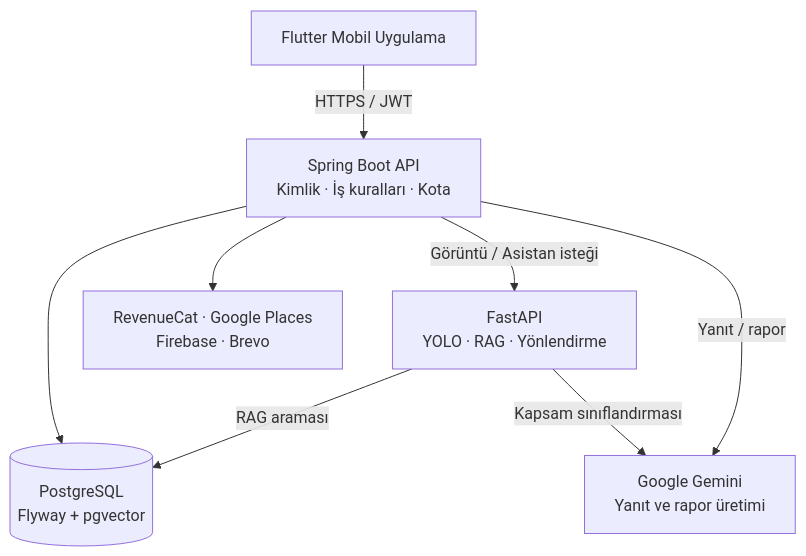
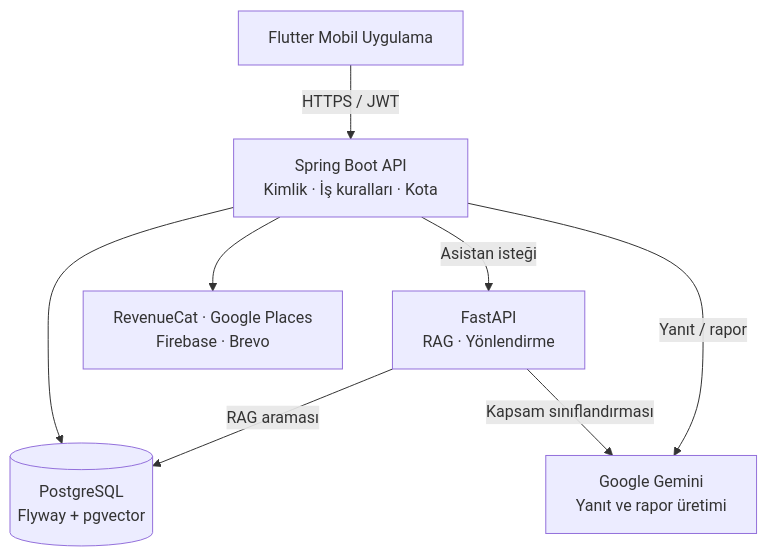
One commit to GorkemErtas/ekspersiz changed the first of 2 diagrams in README.md. Above: the diagram before and after it, drawn with Mermaid. The commit also changed other lines of this file and 11 other files, not shown here.

````diff
--- a/README.md
+++ b/README.md
@@ -25,17 +25,17 @@
 ```mermaid
 flowchart TB
     Mobile["Flutter Mobil Uygulama"]
     API["Spring Boot API<br/>Kimlik · İş kuralları · Kota"]
     DB[("PostgreSQL<br/>Flyway + pgvector")]
-    AI["FastAPI<br/>YOLO · RAG · Yönlendirme"]
+    AI["FastAPI<br/>RAG · Yönlendirme"]
     Gemini["Google Gemini<br/>Yanıt ve rapor üretimi"]
     External["RevenueCat · Google Places<br/>Firebase · Brevo"]
 
     Mobile -->|"HTTPS / JWT"| API
     API --> DB
-    API -->|"Görüntü / Asistan isteği"| AI
+    API -->|"Asistan isteği"| AI
     AI -->|"RAG araması"| DB
     AI -->|"Kapsam sınıflandırması"| Gemini
     API -->|"Yanıt / rapor"| Gemini
     API --> External
 ```
````
